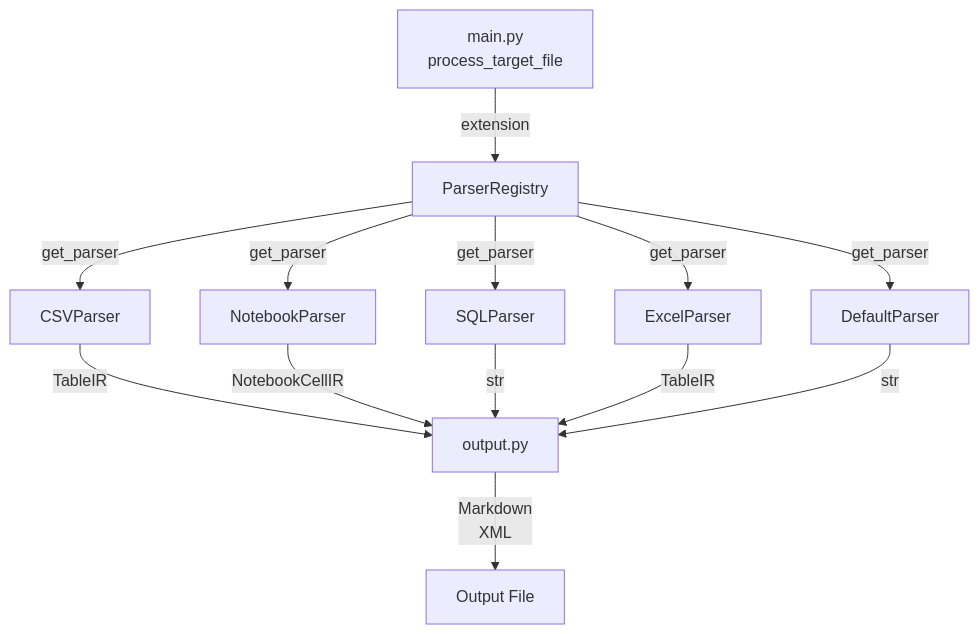
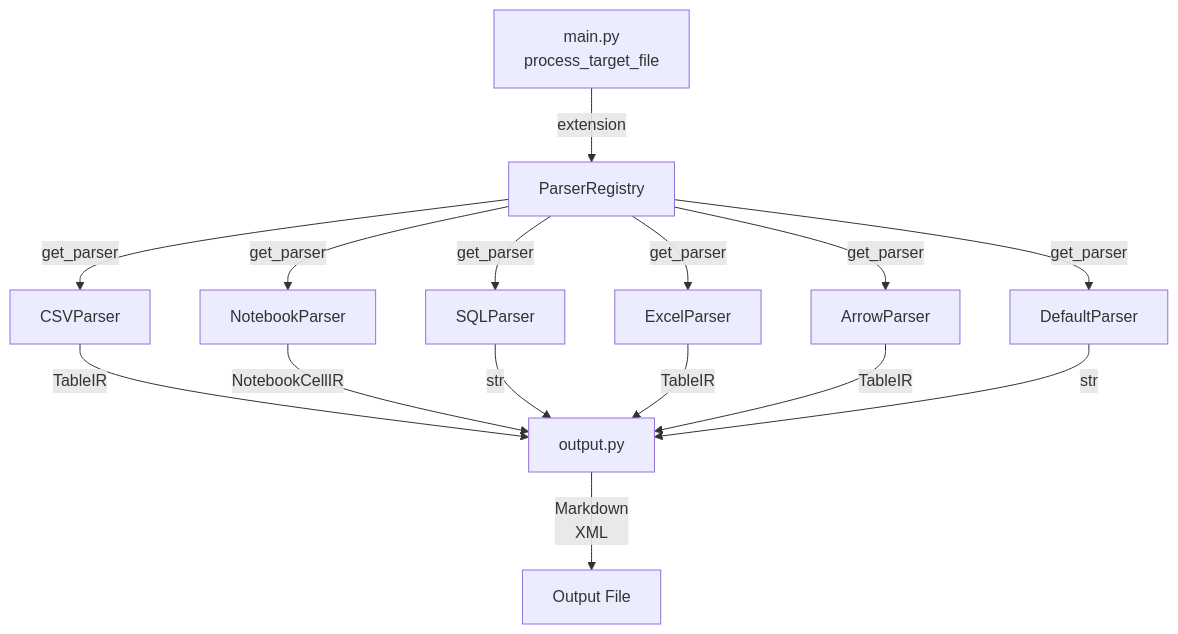
Before and after one commit to arianmokhtariha/data2prompt: the diagram in docs/parsers.md, drawn with Mermaid. The commit also changed other lines of this file and 2 other files, not shown here.

First line of the commit message:
docs: document ArrowParser and parquet optional install

````diff
--- a/docs/parsers.md
+++ b/docs/parsers.md
@@ -7,17 +7,19 @@
 ```mermaid
 graph TD
     Main[main.py<br/>process_target_file] -->|extension| Registry[ParserRegistry]
     Registry -->|get_parser| CSVParser[CSVParser]
     Registry -->|get_parser| NotebookParser[NotebookParser]
     Registry -->|get_parser| SQLParser[SQLParser]
     Registry -->|get_parser| ExcelParser[ExcelParser]
+    Registry -->|get_parser| ArrowParser[ArrowParser]
     Registry -->|get_parser| DefaultParser[DefaultParser]
     
     CSVParser -->|TableIR| Output[output.py]
     NotebookParser -->|NotebookCellIR| Output
     SQLParser -->|str| Output
     ExcelParser -->|TableIR| Output
+    ArrowParser -->|TableIR| Output
     DefaultParser -->|str| Output
     
     Output -->|Markdown<br/>XML| File[Output File]
 ```
````
